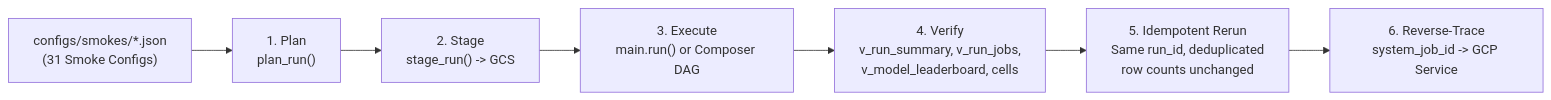
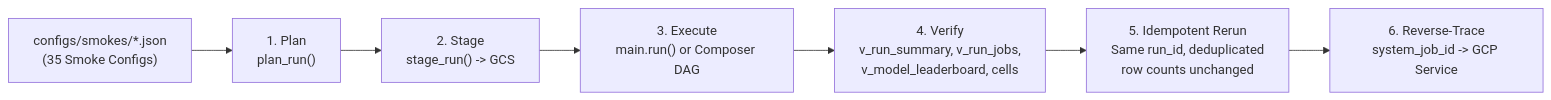
The diagram in docs/smoke_testing.md (statmike/scale-forecasting), drawn with Mermaid before and after one commit. The commit also changed other lines of this file and 19 other files, not shown here.

````diff
--- a/docs/smoke_testing.md
+++ b/docs/smoke_testing.md
@@ -10,9 +10,9 @@
 ```mermaid
 flowchart LR
-    Cfg["configs/smokes/*.json\n(31 Smoke Configs)"] --> Dry["1. Plan\nplan_run()"]
+    Cfg["configs/smokes/*.json\n(35 Smoke Configs)"] --> Dry["1. Plan\nplan_run()"]
     Dry --> Stage["2. Stage\nstage_run() -> GCS"]
     Stage --> Run["3. Execute\nmain.run() or Composer DAG"]
     Run --> Verify["4. Verify\nv_run_summary, v_run_jobs,\nv_model_leaderboard, cells"]
     Verify --> Rerun["5. Idempotent Rerun\nSame run_id, deduplicated\nrow counts unchanged"]
     Rerun --> Trace["6. Reverse-Trace\nsystem_job_id -> GCP Service"]
 ```
````
